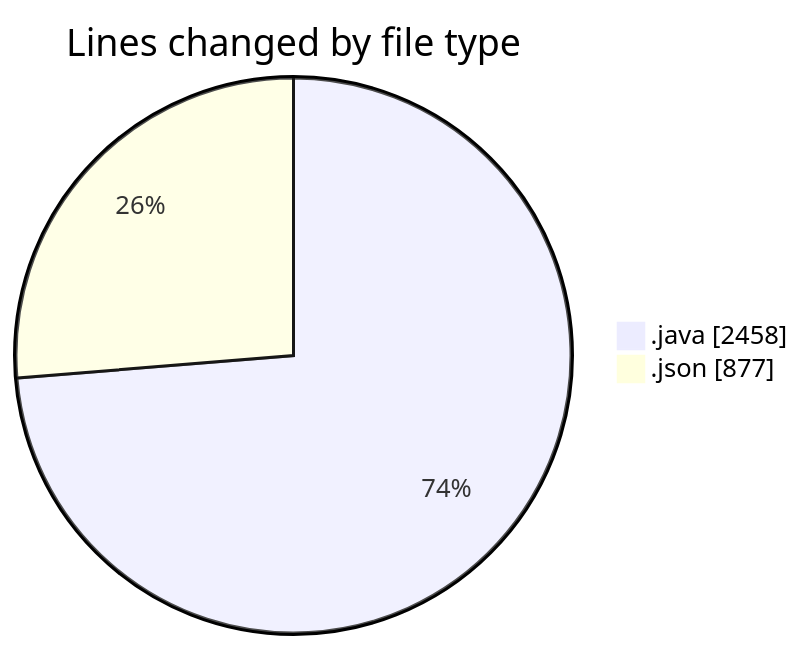
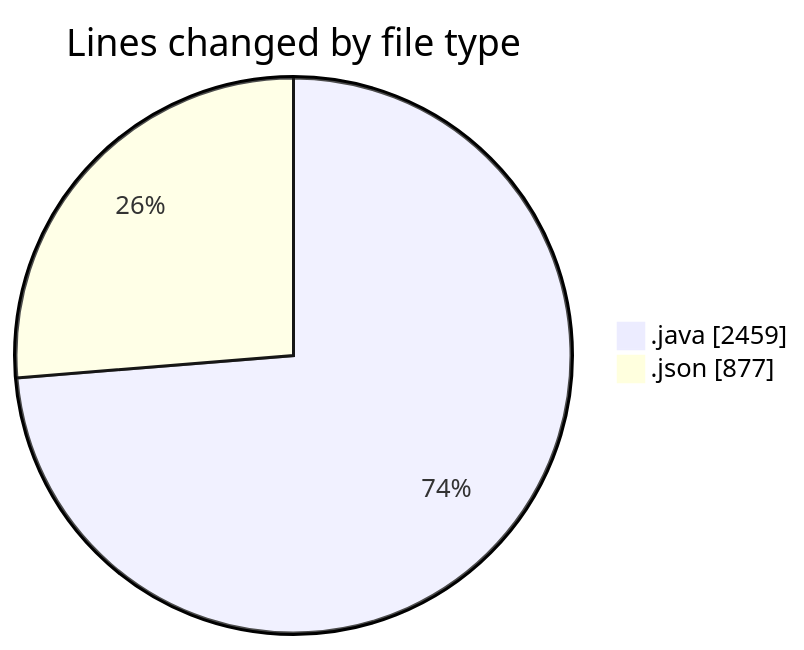
One commit to ricardozamudiocil/code-tracking changed the first of 2 diagrams in 2026-03-26/cilapp/README.md. Above: the diagram before and after it, drawn with Mermaid. The commit also changed other lines of this file and 1 other file, not shown here.

````diff
--- a/2026-03-26/cilapp/README.md
+++ b/2026-03-26/cilapp/README.md
@@ -25,6 +25,6 @@
 ```mermaid
 pie showData
 title Lines changed by file type
-".java" : 2458
+".java" : 2459
 ".json" : 877
 ```
````
